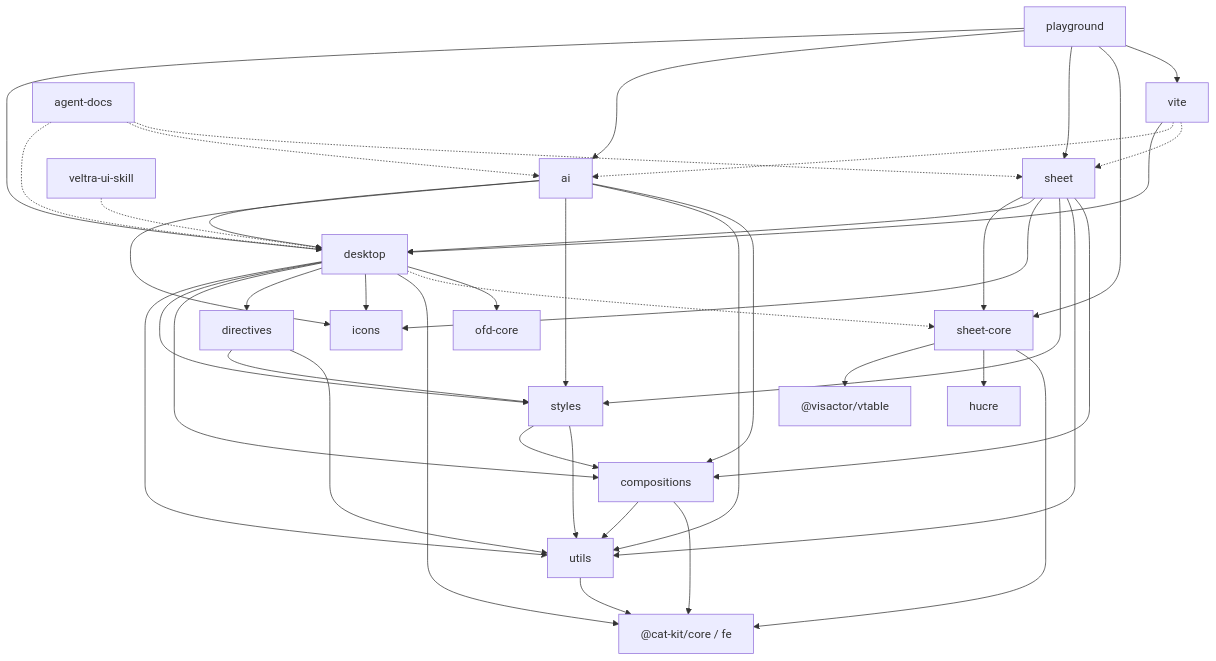
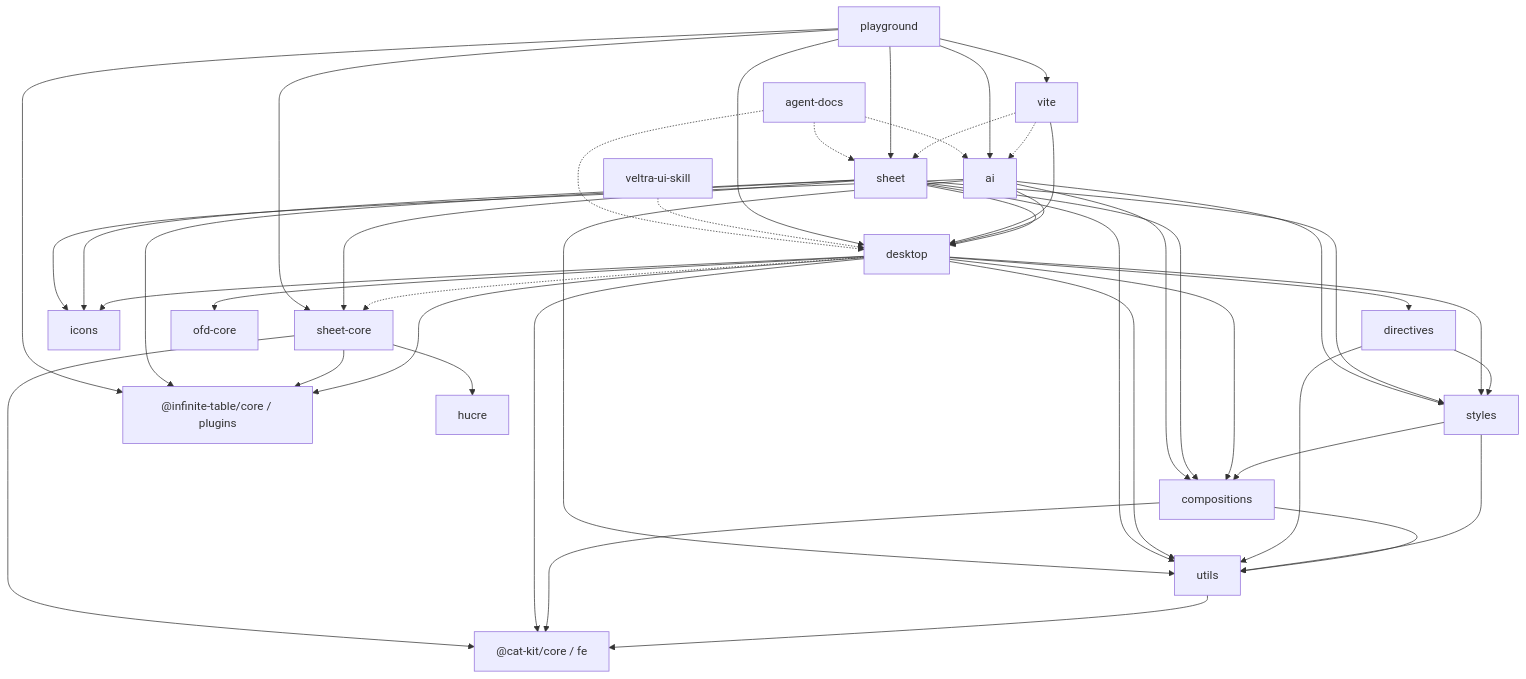
Before and after one commit to cabinet-fe/ultra-ui: the diagram in .agents/docs/CODE-MAP.md, drawn with Mermaid. The commit also changed other lines of this file and 49 other files, not shown here.

First line of the commit message:
feat(sheet-core): grid 层替换为 @infinite-table 引擎（P4 接线 + P5 门面重写）

````diff
--- a/.agents/docs/CODE-MAP.md
+++ b/.agents/docs/CODE-MAP.md
@@ -60,60 +60,63 @@
 ```mermaid
 graph TD
   catkit["@cat-kit/core / fe"]
   utils["utils"]
   compositions["compositions"]
   styles["styles"]
   directives["directives"]
   icons["icons"]
   desktop["desktop"]
   sheetCore["sheet-core"]
   sheet["sheet"]
   ai["ai"]
   ofdCore["ofd-core"]
   vitePkg["vite"]
   playground["playground"]
   skill["veltra-ui-skill"]
   agentDocs["agent-docs"]
 
   utils --> catkit
   compositions --> utils
   compositions --> catkit
   styles --> compositions
   styles --> utils
   directives --> styles
   directives --> utils
   desktop --> utils
   desktop --> styles
   desktop --> compositions
   desktop --> directives
   desktop --> icons
   desktop --> catkit
   desktop -.-> sheetCore
   desktop --> ofdCore
-  sheetCore --> vtable["@visactor/vtable"]
+  desktop --> infTable["@infinite-table/core / plugins"]
   sheetCore --> hucre["hucre"]
+  sheetCore --> infTable
   sheetCore --> catkit
   sheet --> sheetCore
+  sheet --> infTable
   sheet --> desktop
   sheet --> icons
   sheet --> styles
   sheet --> utils
   sheet --> compositions
   ai --> desktop
   ai --> icons
   ai --> styles
   ai --> utils
   ai --> compositions
   vitePkg --> desktop
   vitePkg -.-> ai
   vitePkg -.-> sheet
   playground --> desktop
   playground --> ai
   playground --> sheet
   playground --> sheetCore
+  playground --> infTable
   playground --> vitePkg
   skill -.-> desktop
   agentDocs -.-> desktop
   agentDocs -.-> ai
   agentDocs -.-> sheet
 ```
````
